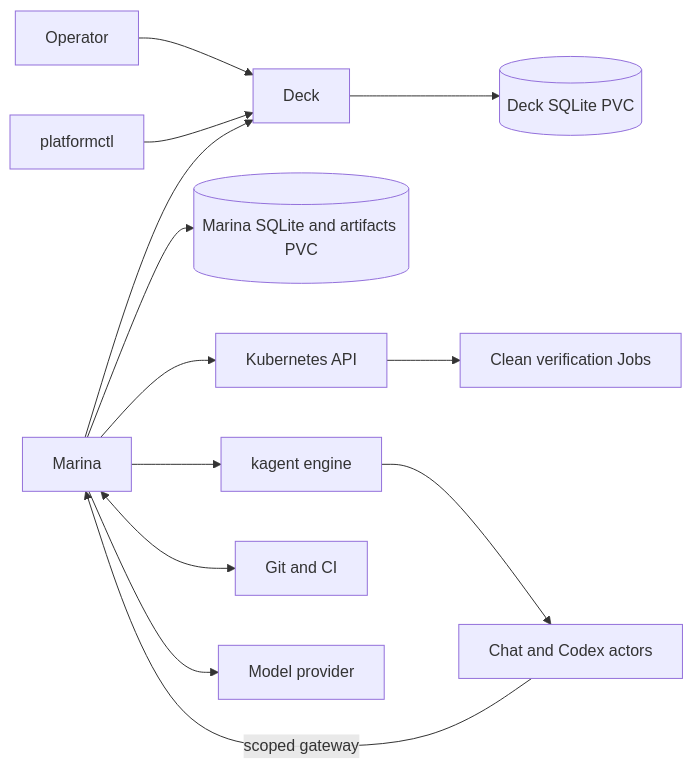
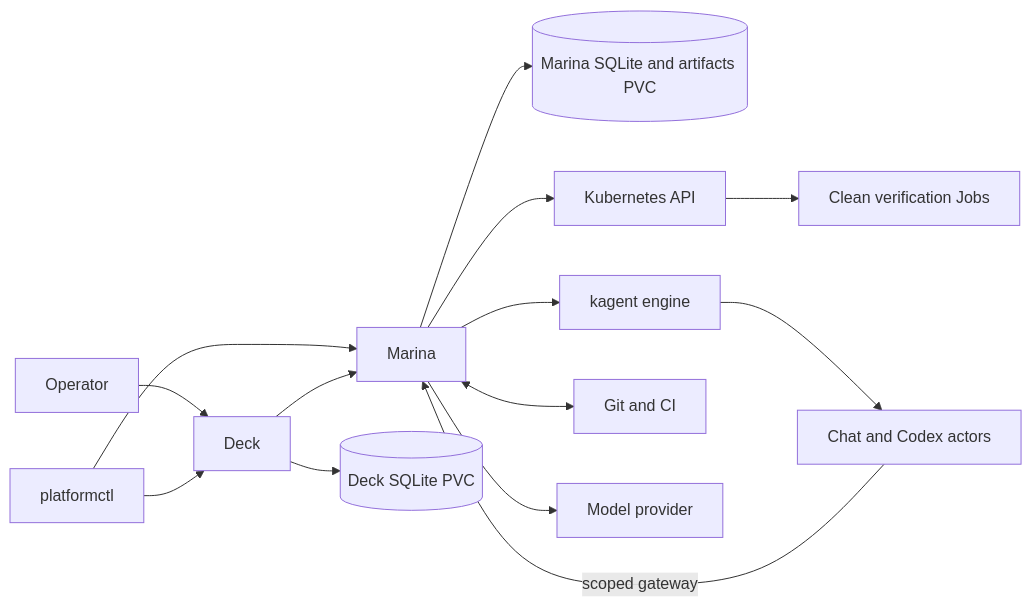
The diagram in docs/ARCHITECTURE.md (jmlero/the-platform), drawn with Mermaid before and after one commit. The commit also changed other lines of this file and 267 other files, not shown here.

````diff
--- a/docs/ARCHITECTURE.md
+++ b/docs/ARCHITECTURE.md
@@ -208,15 +214,16 @@
 ```mermaid
 flowchart LR
     H[Operator] --> D[Deck]
     C[platformctl] --> D
-    M[Marina] --> D
+    C --> M[Marina]
+    D --> M
     D --> DD[(Deck SQLite PVC)]
     M --> MD[(Marina SQLite and artifacts PVC)]
     M --> K[Kubernetes API]
     K --> J[Clean verification Jobs]
     M --> E[kagent engine]
     E --> A[Chat and Codex actors]
     M <--> G[Git and CI]
     A -->|scoped gateway| M
     M --> P[Model provider]
 ```
````
